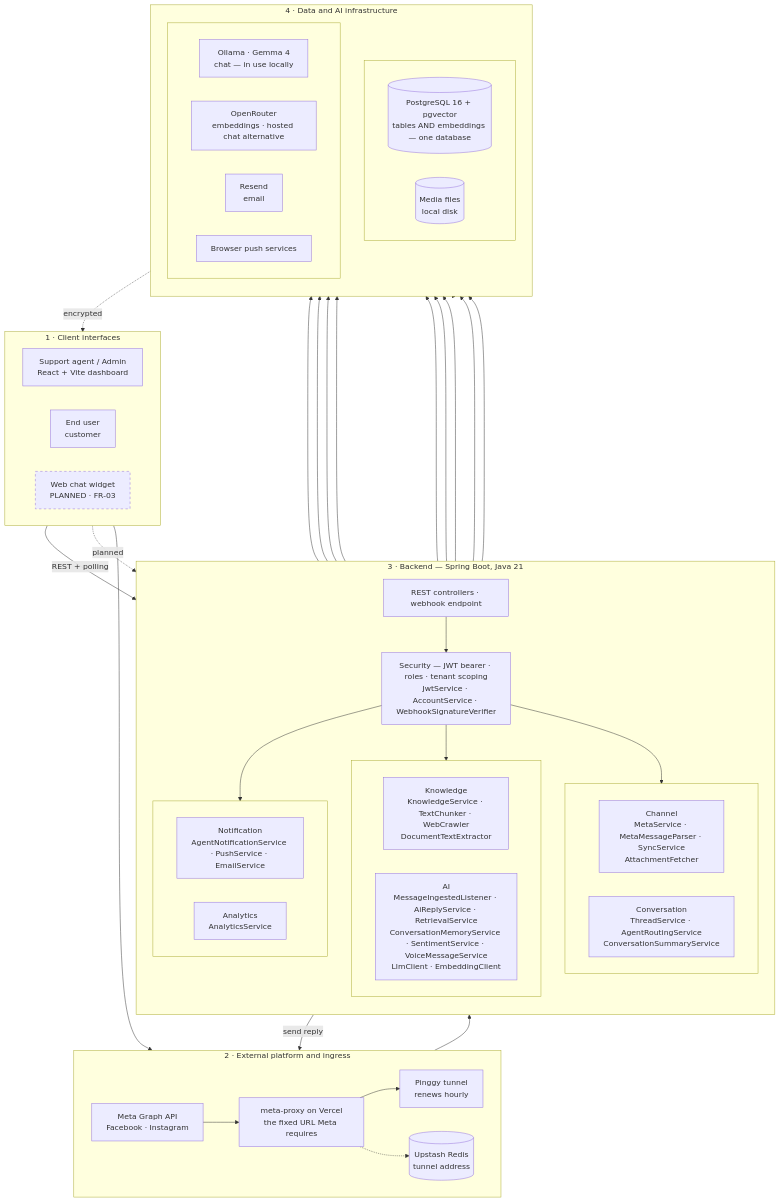
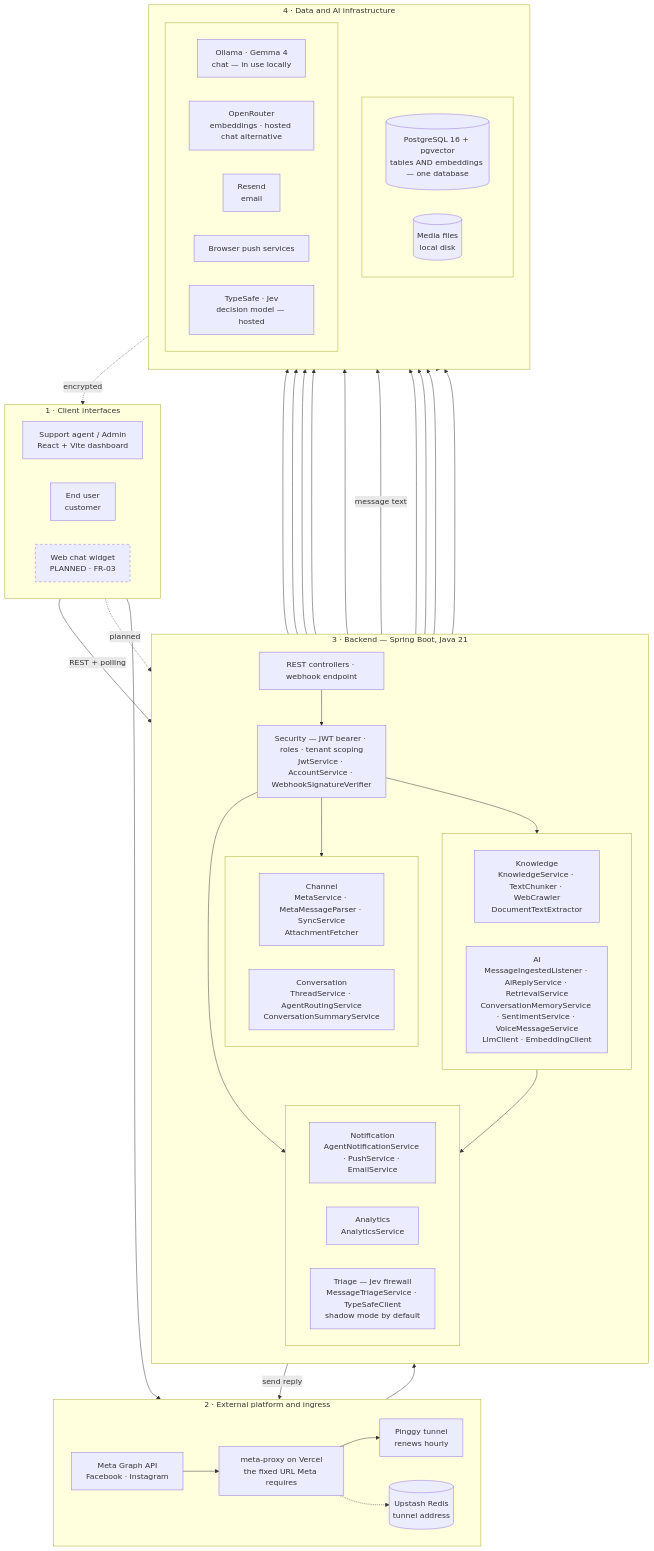
Before and after one commit to SayubShakya/eksamadhan-ai: the diagram in docs/system-design/new-system-design/system-architecture/README.md, drawn with Mermaid. The commit also changed 38 other files, not shown here.

Commit message:
docs: updated system design diagram

```diff
--- a/docs/system-design/new-system-design/system-architecture/README.md
+++ b/docs/system-design/new-system-design/system-architecture/README.md
@@ -43,6 +43,7 @@
             direction LR
             notify["Notification<br/>AgentNotificationService · PushService · EmailService"]
             analytics["Analytics<br/>AnalyticsService"]
+            triage["Triage — Jev firewall<br/>MessageTriageService · TypeSafeClient<br/>shadow mode by default"]
         end
     end
 
@@ -59,6 +60,7 @@
             openrouter["OpenRouter<br/>embeddings · hosted chat alternative"]
             resend["Resend<br/>email"]
             push["Browser push services"]
+            typesafe["TypeSafe · Jev<br/>decision model — hosted"]
         end
     end
 
@@ -79,6 +81,8 @@
     knowledge --> openrouter
     notify --> resend
     notify --> push
+    ai --> triage
+    triage -->|"message text"| typesafe
     push -.->|"encrypted"| agent
 
     rowA --> pg
```
